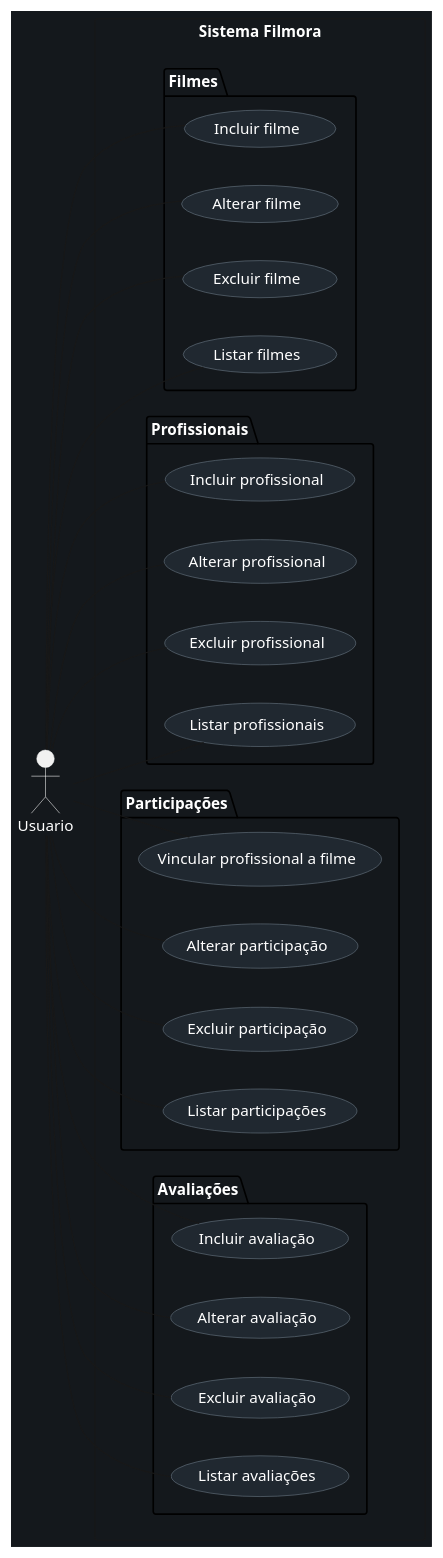
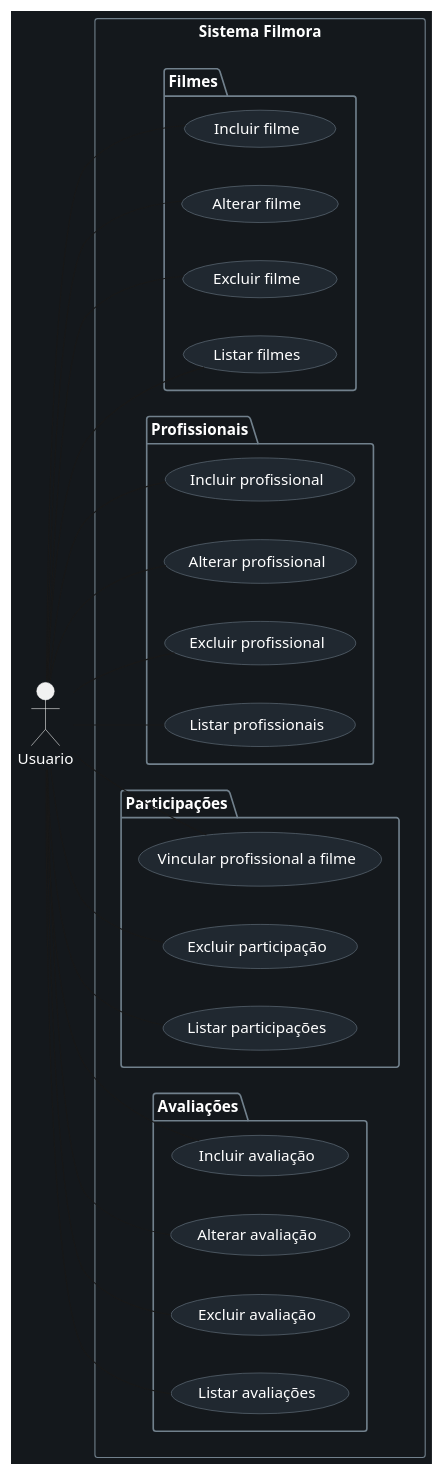
Before and after one commit to anacmoser/sp3150747Filmora: the diagram in docs/diagrama-casos-de-uso.puml, drawn with PlantUML. The commit also changed 3 other files, not shown here.

Commit message:
ajeitando diagramas

```diff
--- a/docs/diagrama-casos-de-uso.puml
+++ b/docs/diagrama-casos-de-uso.puml
@@ -1,52 +1,52 @@
 @startuml
 left to right direction
 skinparam backgroundColor #14181c
 skinparam defaultFontColor white
 skinparam usecaseBackgroundColor #202830
 skinparam usecaseBorderColor #71808c
 skinparam actorBorderColor white
 skinparam actorFontColor white
+skinparam packageBorderColor #71808c
+
 actor Usuario
 rectangle "Sistema Filmora" {
- package "Filmes" {
-  usecase "Incluir filme" as F1
-  usecase "Alterar filme" as F2
-  usecase "Excluir filme" as F3
-  usecase "Listar filmes" as F4
- }
- package "Profissionais" {
-  usecase "Incluir profissional" as P1
-  usecase "Alterar profissional" as P2
-  usecase "Excluir profissional" as P3
-  usecase "Listar profissionais" as P4
- }
- package "Participações" {
-  usecase "Vincular profissional a filme" as R1
-  usecase "Alterar participação" as R2
-  usecase "Excluir participação" as R3
-  usecase "Listar participações" as R4
- }
- package "Avaliações" {
-  usecase "Incluir avaliação" as A1
-  usecase "Alterar avaliação" as A2
-  usecase "Excluir avaliação" as A3
-  usecase "Listar avaliações" as A4
- }
+  package "Filmes" {
+    usecase "Incluir filme" as F1
+    usecase "Alterar filme" as F2
+    usecase "Excluir filme" as F3
+    usecase "Listar filmes" as F4
+  }
+  package "Profissionais" {
+    usecase "Incluir profissional" as P1
+    usecase "Alterar profissional" as P2
+    usecase "Excluir profissional" as P3
+    usecase "Listar profissionais" as P4
+  }
+  package "Participações" {
+    usecase "Vincular profissional a filme" as R1
+    usecase "Excluir participação" as R3
+    usecase "Listar participações" as R4
+  }
+  package "Avaliações" {
+    usecase "Incluir avaliação" as A1
+    usecase "Alterar avaliação" as A2
+    usecase "Excluir avaliação" as A3
+    usecase "Listar avaliações" as A4
+  }
 }
 Usuario -- F1
 Usuario -- F2
 Usuario -- F3
 Usuario -- F4
 Usuario -- P1
 Usuario -- P2
 Usuario -- P3
 Usuario -- P4
 Usuario -- R1
-Usuario -- R2
 Usuario -- R3
 Usuario -- R4
 Usuario -- A1
 Usuario -- A2
 Usuario -- A3
 Usuario -- A4
 @enduml
```
